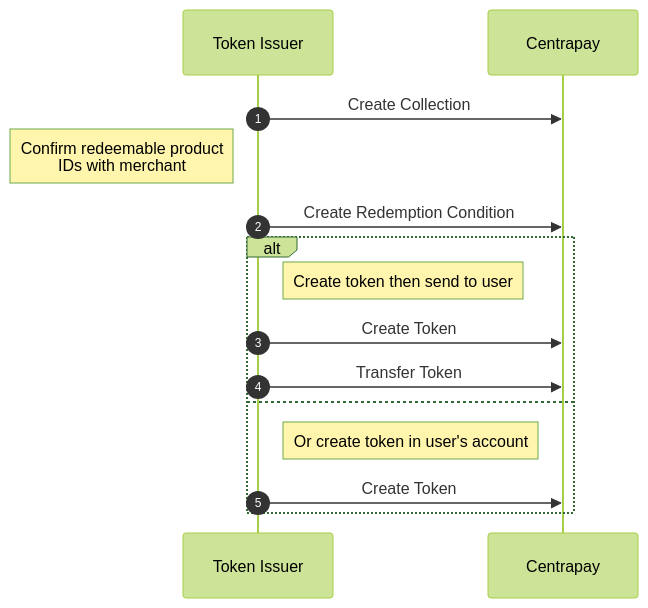
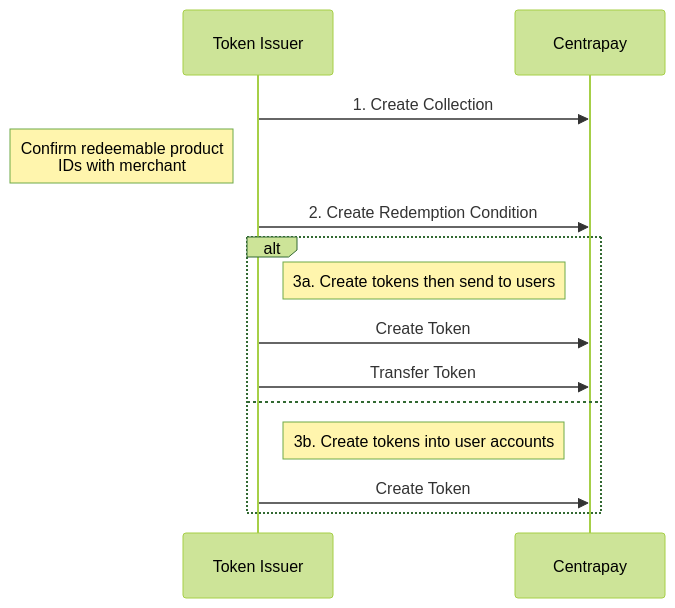
Before and after one commit to centrapay/centrapay-docs: the diagram in src/content/guides/creating-digital-tokens.mdx, drawn with Mermaid (forest theme). The commit also changed other lines of this file, not shown here.

Commit message:
add curls to tokens guide, tweak copy

````diff
--- a/src/content/guides/creating-digital-tokens.mdx
+++ b/src/content/guides/creating-digital-tokens.mdx
@@ -29,15 +30,14 @@
 ``` mermaid
 sequenceDiagram
-  autonumber
-  Token Issuer ->> Centrapay: Create Collection
+  Token Issuer ->> Centrapay: 1. Create Collection
   Note left of Token Issuer: Confirm redeemable product<br/>IDs with merchant
-  Token Issuer ->> Centrapay: Create Redemption Condition
+  Token Issuer ->> Centrapay: 2. Create Redemption Condition
   alt
-    Note right of Token Issuer: Create token then send to user
+    Note right of Token Issuer: 3a. Create tokens then send to users
     Token Issuer ->> Centrapay: Create Token
     Token Issuer ->> Centrapay: Transfer Token
   else
-    Note right of Token Issuer: Or create token in user's account
+    Note right of Token Issuer: 3b. Create tokens into user accounts
     Token Issuer ->> Centrapay: Create Token
   end
 ```
````
